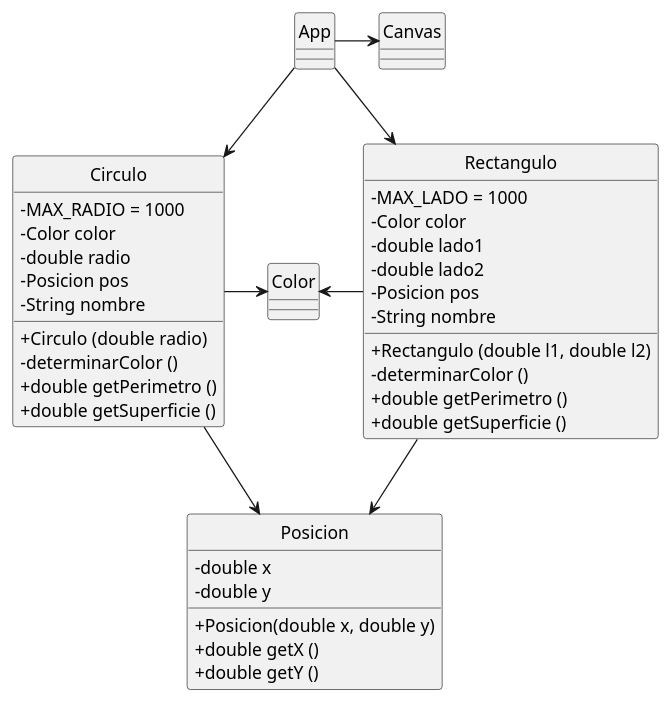
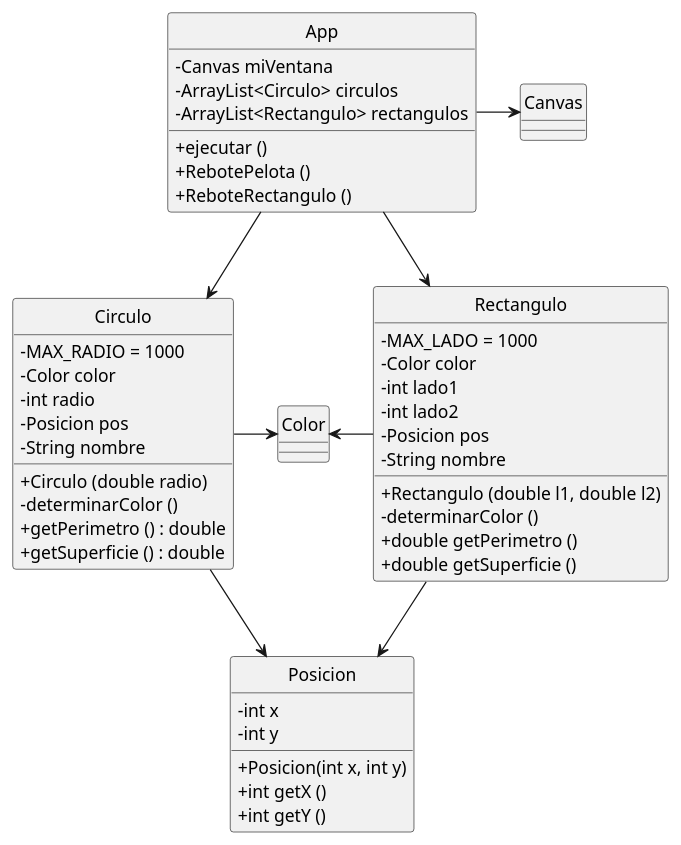
One commit to meschoyez/111mil-2020-PrimerosObjetos changed the diagram in AppV2.puml. Above: the diagram before and after it, drawn with PlantUML. The commit also changed 2 other files, not shown here.

```diff
--- a/AppV2.puml
+++ b/AppV2.puml
@@ -1,48 +1,57 @@
 @startuml AppV2
 
 skinparam ClassAttributeIconSize 0
 hide circle
 
+class App {
+    - Canvas miVentana
+    - ArrayList<Circulo> circulos
+    - ArrayList<Rectangulo> rectangulos
+    + ejecutar ()
+    + RebotePelota ()
+    + ReboteRectangulo ()
+}
+
 class Posicion {
-    - double x
-    - double y
-    + Posicion(double x, double y)
-    + double getX ()
-    + double getY ()
+    - int x
+    - int y
+    + Posicion(int x, int y)
+    + int getX ()
+    + int getY ()
 }
 
 class Circulo {
     - MAX_RADIO = 1000
     - Color color
-    - double radio
+    - int radio
     - Posicion pos
     - String nombre
     + Circulo (double radio)
     - determinarColor ()
-    + double getPerimetro ()
-    + double getSuperficie ()
+    + getPerimetro () : double
+    + getSuperficie () : double
 }
 
 class Rectangulo {
     - MAX_LADO = 1000
     - Color color
-    - double lado1
-    - double lado2
+    - int lado1
+    - int lado2
     - Posicion pos
     - String nombre
     + Rectangulo (double l1, double l2)
     - determinarColor ()
     + double getPerimetro ()
     + double getSuperficie ()
 }
 
 App --> Circulo
 App --> Rectangulo
 App -> Canvas
 
 Circulo --> Posicion
 Circulo -> Color
 Rectangulo -->Posicion
 Color <- Rectangulo
 
 @enduml
```
